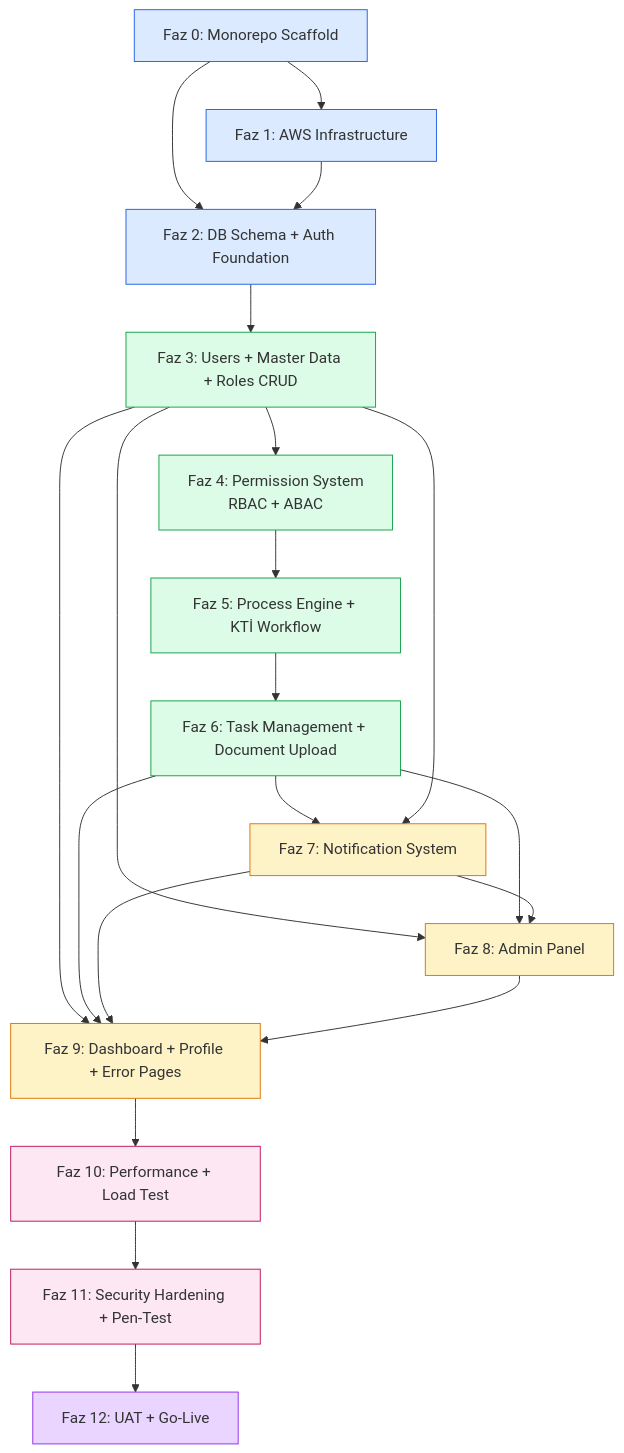
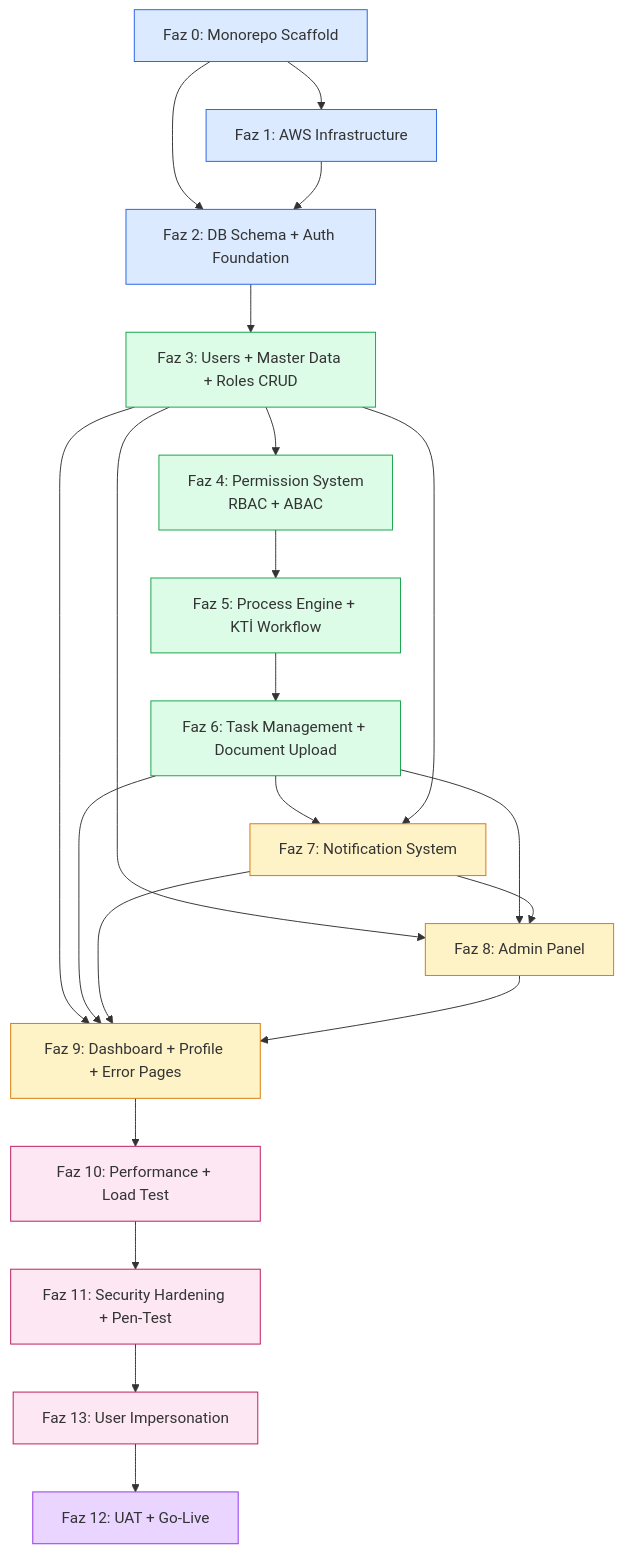
Before and after one commit to semihdilekci/Asana: the diagram in docs/10_IMPLEMENTATION_ROADMAP.md, drawn with Mermaid. The commit also changed other lines of this file and 223 other files, not shown here.

First line of the commit message:
feat(ui,auth): faz12 ui geçişi ve faz13 kullanıcı impersonation

````diff
--- a/docs/10_IMPLEMENTATION_ROADMAP.md
+++ b/docs/10_IMPLEMENTATION_ROADMAP.md
@@ -95,48 +95,50 @@
 ```mermaid
 flowchart TD
     F0[Faz 0: Monorepo Scaffold]
     F1[Faz 1: AWS Infrastructure]
     F2[Faz 2: DB Schema + Auth Foundation]
     F3[Faz 3: Users + Master Data + Roles CRUD]
     F4[Faz 4: Permission System<br/>RBAC + ABAC]
     F5[Faz 5: Process Engine + KTİ Workflow]
     F6[Faz 6: Task Management + Document Upload]
     F7[Faz 7: Notification System]
     F8[Faz 8: Admin Panel]
     F9[Faz 9: Dashboard + Profile + Error Pages]
     F10[Faz 10: Performance + Load Test]
     F11[Faz 11: Security Hardening + Pen-Test]
+    F13[Faz 13: User Impersonation]
     F12[Faz 12: UAT + Go-Live]
 
     F0 --> F1
     F0 --> F2
     F1 --> F2
     F2 --> F3
     F3 --> F4
     F4 --> F5
     F5 --> F6
     F6 --> F7
     F3 --> F7
     F3 --> F8
     F6 --> F8
     F7 --> F8
     F3 --> F9
     F6 --> F9
     F7 --> F9
     F8 --> F9
     F9 --> F10
     F10 --> F11
-    F11 --> F12
+    F11 --> F13
+    F13 --> F12
 
     classDef foundation fill:#dbeafe,stroke:#2563eb
     classDef core fill:#dcfce7,stroke:#16a34a
     classDef feature fill:#fef3c7,stroke:#d97706
     classDef polish fill:#fce7f3,stroke:#be185d
     classDef release fill:#e9d5ff,stroke:#9333ea
 
     class F0,F1,F2 foundation
     class F3,F4,F5,F6 core
     class F7,F8,F9 feature
-    class F10,F11 polish
+    class F10,F11,F13 polish
     class F12 release
 ```
````
